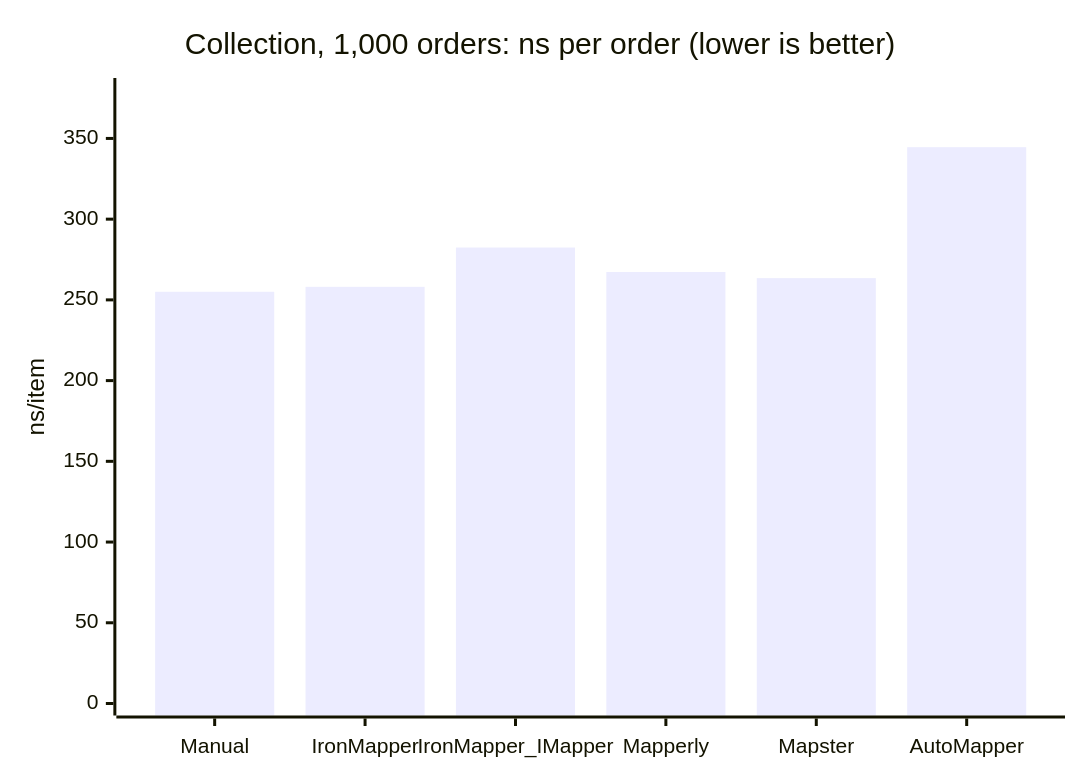
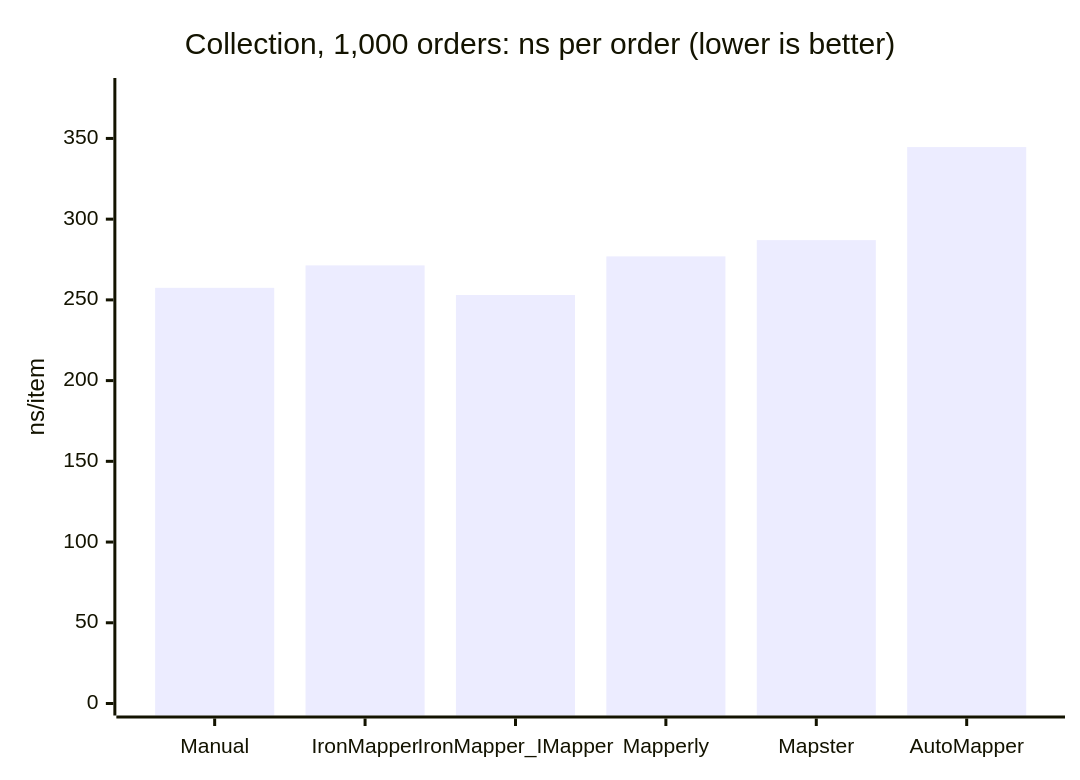
One commit to iron-mapper/IronMapper changed the second of 5 diagrams in benchmarks/results/RESULTS.md. Above: the diagram before and after it, drawn with Mermaid. The commit also changed other lines of this file and 42 other files, not shown here.

````diff
--- a/benchmarks/results/RESULTS.md
+++ b/benchmarks/results/RESULTS.md
@@ -56,7 +231,7 @@
 ```mermaid
 xychart-beta
     title "Collection, 1,000 orders: ns per order (lower is better)"
     x-axis ["Manual", "IronMapper", "IronMapper_IMapper", "Mapperly", "Mapster", "AutoMapper"]
     y-axis "ns/item" 0 --> 380
-    bar [255.023, 258.095, 282.433, 267.273, 263.469, 344.582]
+    bar [257.454, 271.367, 253.044, 276.934, 287.022, 344.641]
 ```
````
